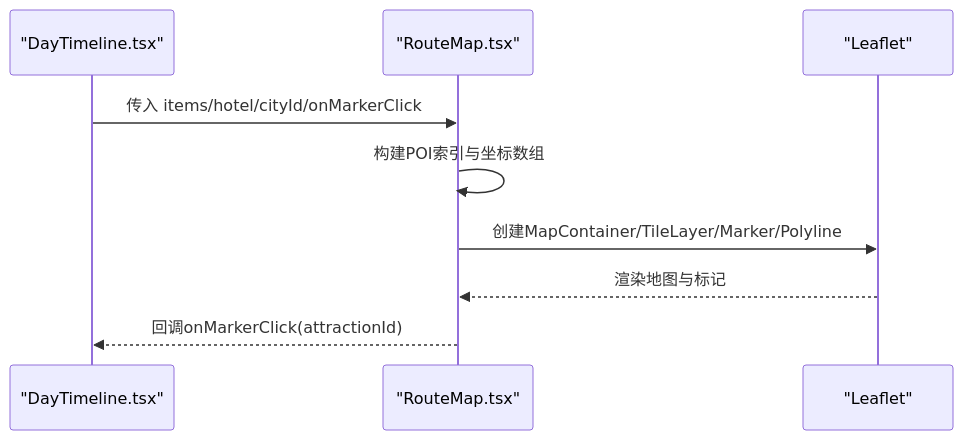
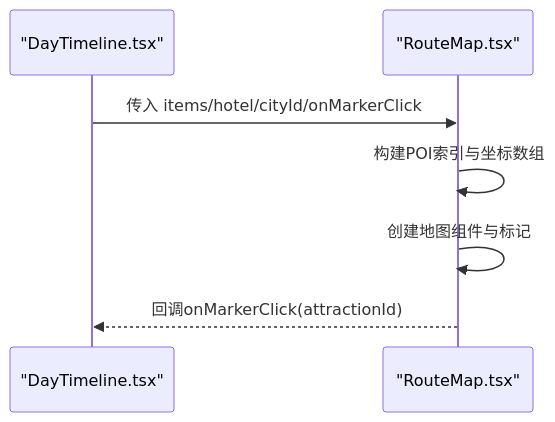
One commit to ititjjy/AITrip-plan changed the fourth of 6 diagrams in .qoder/repowiki/zh/content/前端架构/React组件体系.md. Above: the diagram before and after it, drawn with Mermaid. The commit also changed other lines of this file and 17 other files, not shown here.

````diff
--- a/.qoder/repowiki/zh/content/前端架构/React组件体系.md
+++ b/.qoder/repowiki/zh/content/前端架构/React组件体系.md
@@ -208,11 +222,9 @@
 ```mermaid
 sequenceDiagram
 participant DT as "DayTimeline.tsx"
 participant RM as "RouteMap.tsx"
-participant L as "Leaflet"
 DT->>RM : 传入 items/hotel/cityId/onMarkerClick
 RM->>RM : 构建POI索引与坐标数组
-RM->>L : 创建MapContainer/TileLayer/Marker/Polyline
-L-->>RM : 渲染地图与标记
+RM->>RM : 创建地图组件与标记
 RM-->>DT : 回调onMarkerClick(attractionId)
 ```
````
